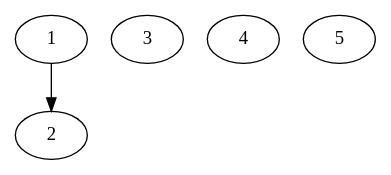
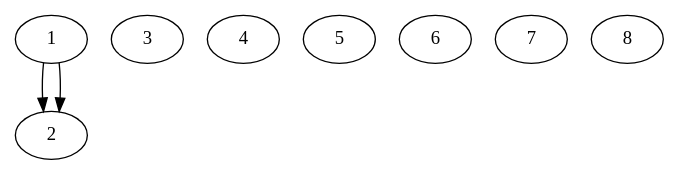
Before and after one commit to albertgreaca/emergency-management-group: the diagram in src/systemtest/resources/mapFiles/OneWayStreetMap.dot, drawn with Graphviz.

Commit message:
and today is a gift

```diff
--- a/src/systemtest/resources/mapFiles/OneWayStreetMap.dot
+++ b/src/systemtest/resources/mapFiles/OneWayStreetMap.dot
@@ -1,9 +1,13 @@
 digraph County {
 	1;
 	2;
 	3;
 	4;
 	5;
+	6;
+	7;
+	8;
+	1->2[village=Village; name=OneTwo; heightLimit=5; weight=10; primaryType=mainStreet; secondaryType=none;];
 	1->2[village=Village; name=OneTwo; heightLimit=5; weight=10; primaryType=mainStreet; secondaryType=none;];
 
 }
```
